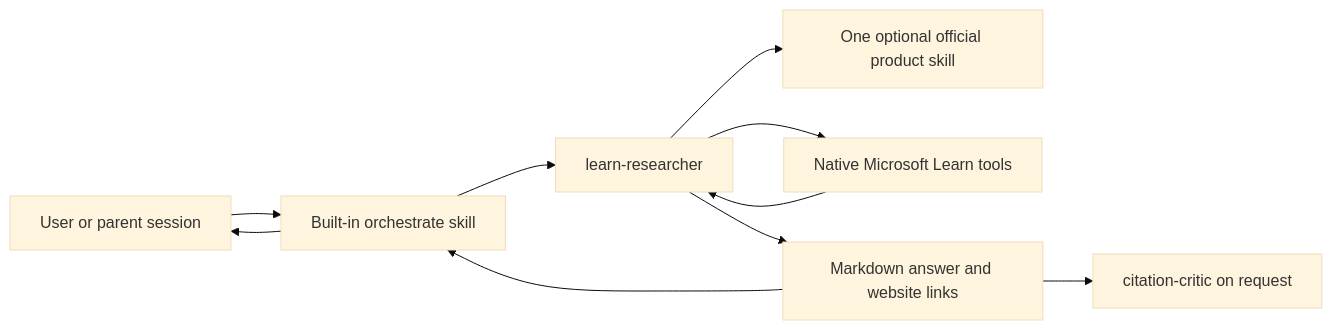
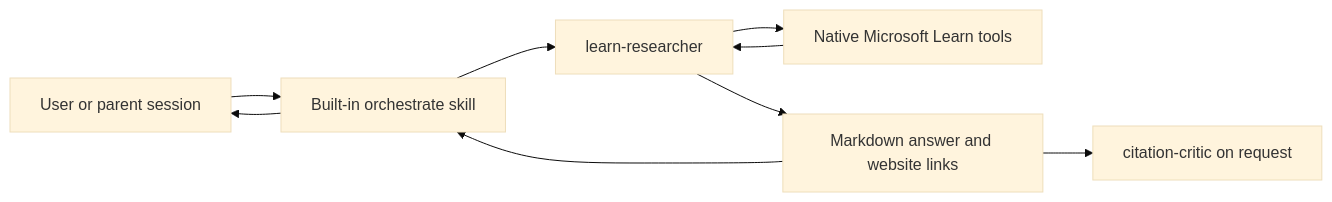
Before and after one commit to msucharda/azure-learn-copilot-app: the diagram in docs/architecture.md, drawn with Mermaid (base theme). The commit also changed other lines of this file and 6 other files, not shown here.

````diff
--- a/docs/architecture.md
+++ b/docs/architecture.md
@@ -7,12 +7,11 @@
 ```mermaid
 flowchart LR
     U[User or parent session] --> O[Built-in orchestrate skill]
     O --> R[learn-researcher]
-    R --> S[One optional official product skill]
     R --> L[Native Microsoft Learn tools]
     L --> R
     R --> A[Markdown answer and website links]
     A --> O
     O --> U
     A --> C[citation-critic on request]
 ```
````
